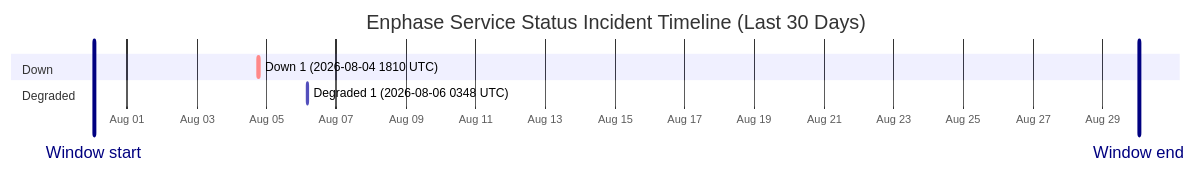
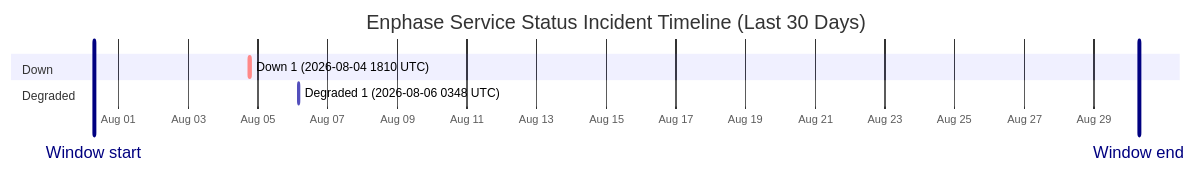
Before and after one commit to barneyonline/ha-enphase-energy: the diagram in wiki/Service-Status-History.md, drawn with Mermaid. The commit also changed other lines of this file and 3 other files, not shown here.

````diff
--- a/wiki/Service-Status-History.md
+++ b/wiki/Service-Status-History.md
@@ -14,12 +14,12 @@
 ```mermaid
 gantt
     title Enphase Service Status Incident Timeline (Last 30 Days)
     dateFormat  YYYY-MM-DDTHH:mm:ss
     axisFormat  %b %d
-    Window start :vert, window-start, 2026-07-31T01:03:40, 0ms
-    Window end :vert, window-end, 2026-08-30T01:03:40, 0ms
+    Window start :vert, window-start, 2026-07-31T07:04:37, 0ms
+    Window end :vert, window-end, 2026-08-30T07:04:37, 0ms
     section Down
     Down 1 (2026-08-04 1810 UTC) :crit, down-1, 2026-08-04T18:10:46, 60m
     section Degraded
     Degraded 1 (2026-08-06 0348 UTC) :active, degraded-1, 2026-08-06T03:48:14, 60m
 ```
````
